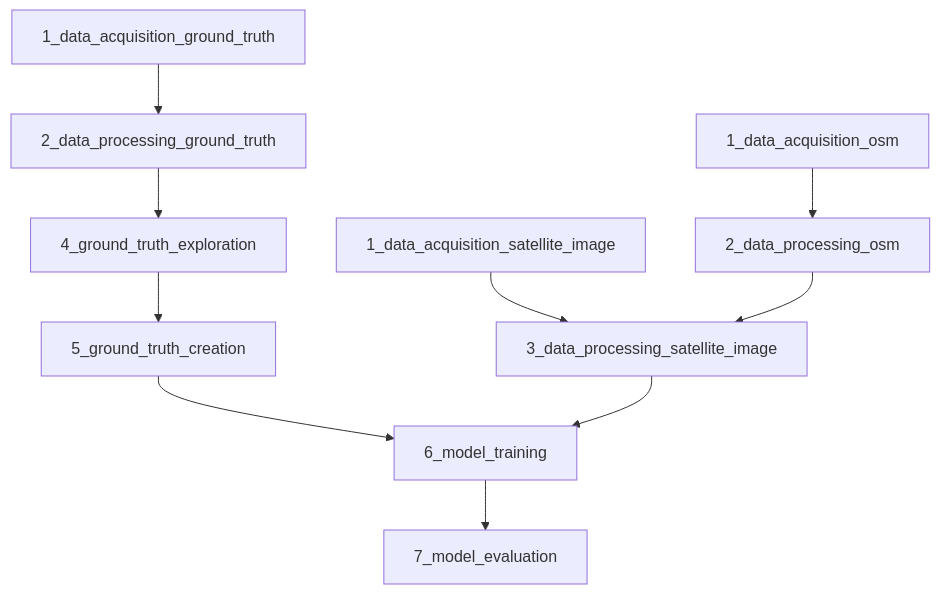
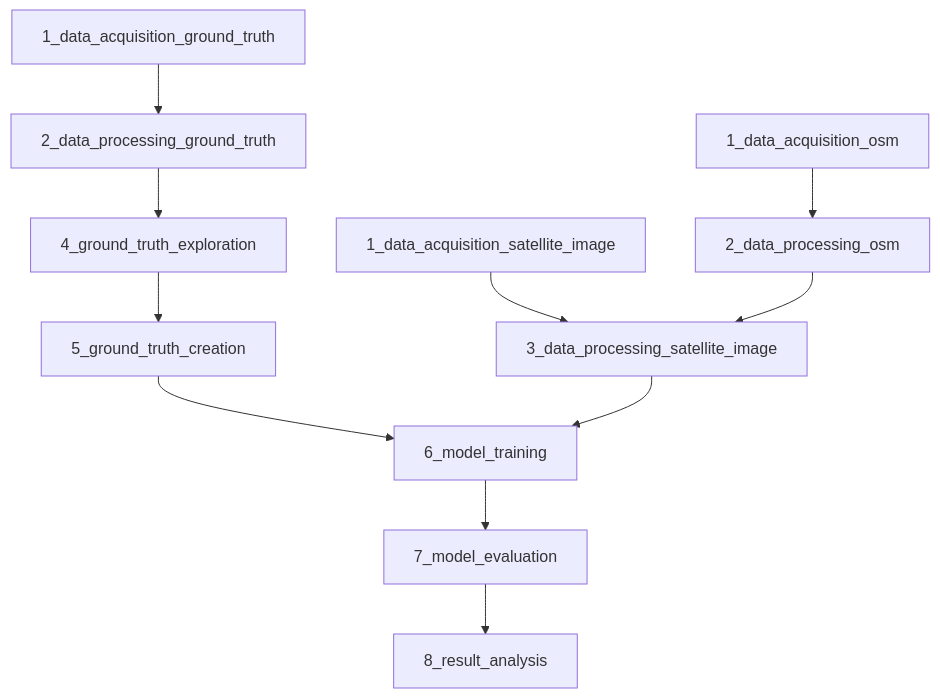
Before and after one commit to japanj/pugs-detection: the diagram in notebooks/README.md, drawn with Mermaid. The commit also changed other lines of this file and 2 other files, not shown here.

````diff
--- a/notebooks/README.md
+++ b/notebooks/README.md
@@ -7,12 +7,13 @@
 ```mermaid
 flowchart TD
     A[1_data_acquisition_ground_truth] --> D[2_data_processing_ground_truth]
     B[1_data_acquisition_osm] --> E[2_data_processing_osm]
     C[1_data_acquisition_satellite_image] --> F[3_data_processing_satellite_image]
     D --> G[4_ground_truth_exploration]
     G --> H[5_ground_truth_creation]
     H --> I[6_model_training]
     I --> J[7_model_evaluation]
     E --> F
     F --> I
+    J --> K[8_result_analysis]
 ```
````
